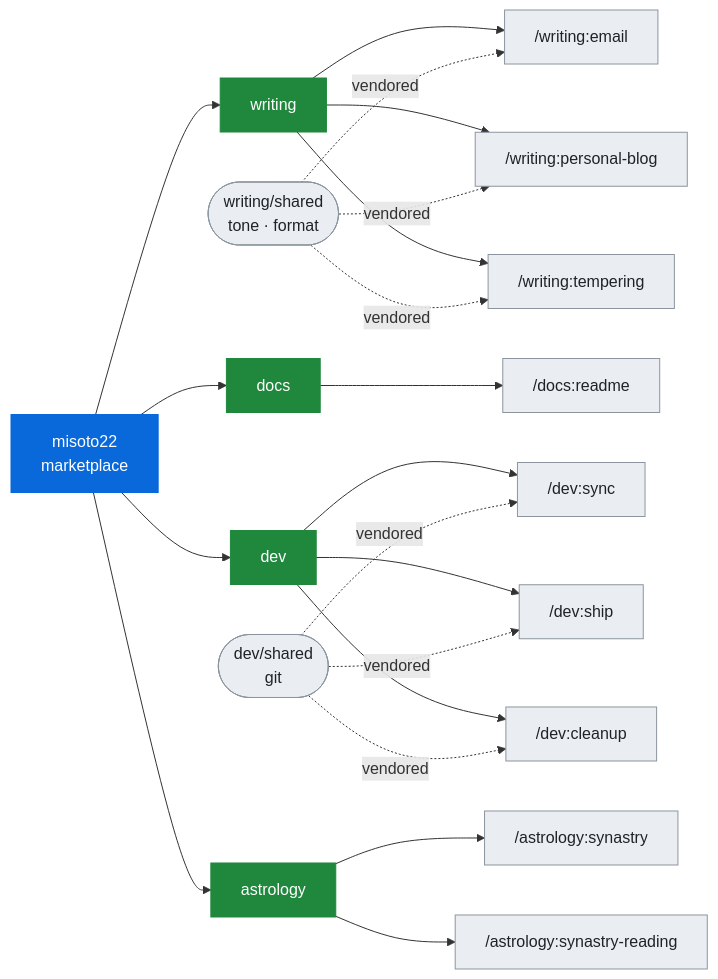
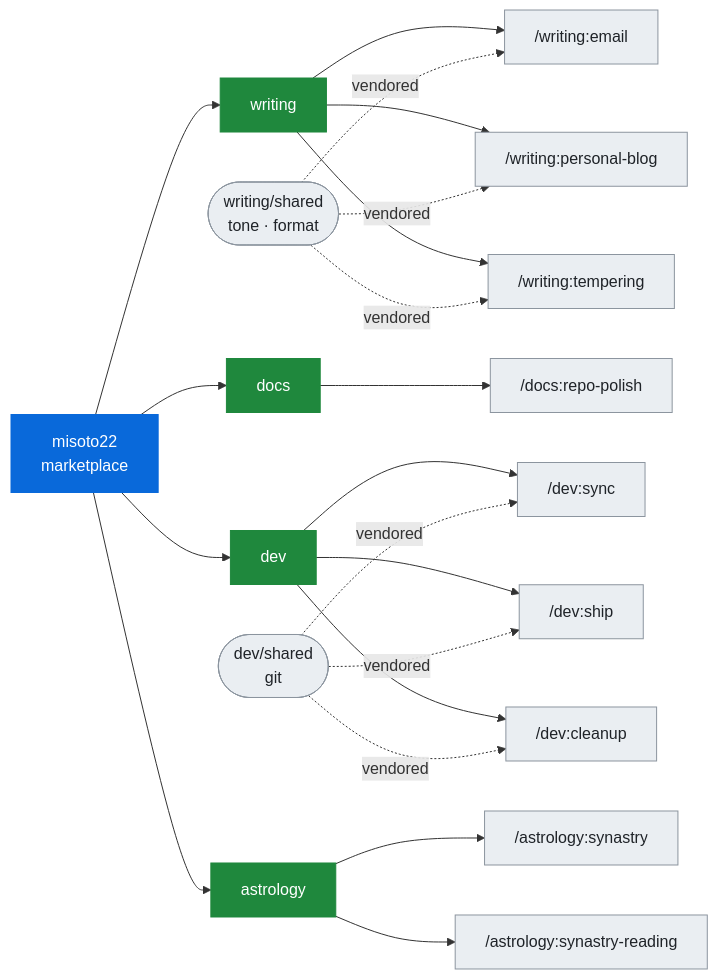
One commit to Misoto22/skills changed the diagram in README.md. Above: the diagram before and after it, drawn with Mermaid. The commit also changed other lines of this file and 26 other files, not shown here.

````diff
--- a/README.md
+++ b/README.md
@@ -221,17 +221,17 @@
 ```mermaid
 flowchart LR
   M["misoto22<br/>marketplace"] --> W["writing"] & D["docs"] & V["dev"] & A["astrology"]
   W --> E["/writing:email"] & PB["/writing:personal-blog"] & T["/writing:tempering"]
-  D --> R["/docs:readme"]
+  D --> R["/docs:repo-polish"]
   V --> SY["/dev:sync"] & SH["/dev:ship"] & CL["/dev:cleanup"]
   A --> SN["/astrology:synastry"] & SR["/astrology:synastry-reading"]
   SW(["writing/shared<br/>tone · format"]) -.vendored.-> E & PB & T
   SV(["dev/shared<br/>git"]) -.vendored.-> SY & SH & CL
 
   classDef m fill:#0969da,stroke:#0969da,color:#fff
   classDef p fill:#1f883d,stroke:#1f883d,color:#fff
   classDef s fill:#eaeef2,stroke:#8c959f,color:#1f2328
   class M m
   class W,D,V,A p
   class E,PB,T,R,SY,SH,CL,SN,SR,SW,SV s
 ```
````
